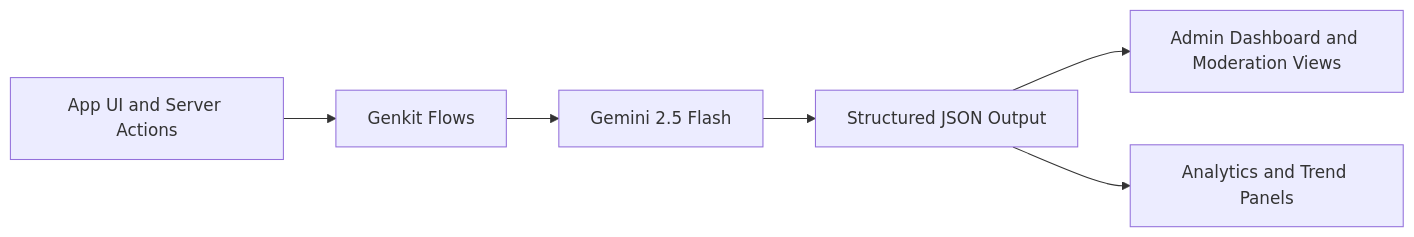
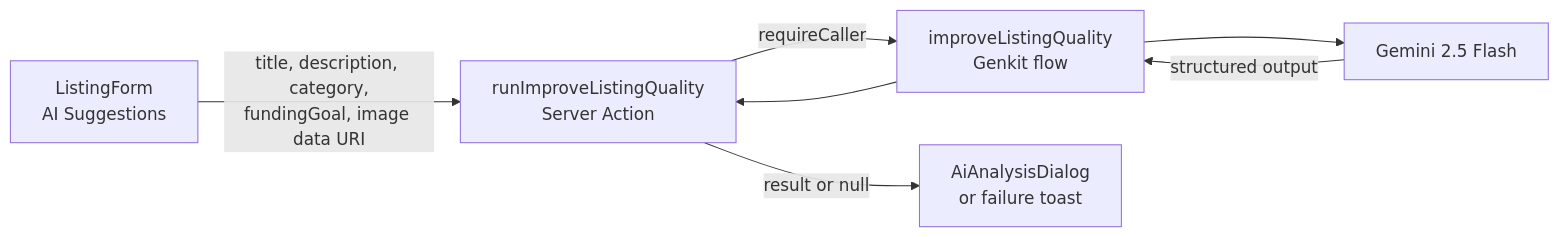
One commit to BLKFNDRPH/blkfndrapp changed the first of 3 diagrams in docs/ai-features.md. Above: the diagram before and after it, drawn with Mermaid. The commit also changed other lines of this file and 18 other files, not shown here.

````diff
--- a/docs/ai-features.md
+++ b/docs/ai-features.md
@@ -15,8 +30,9 @@
 ```mermaid
-graph LR
-    A[App UI and Server Actions] --> B[Genkit Flows]
-    B --> C[Gemini 2.5 Flash]
-    C --> D[Structured JSON Output]
-    D --> E[Admin Dashboard and Moderation Views]
-    D --> F[Analytics and Trend Panels]
+flowchart LR
+    A[ListingForm<br/>AI Suggestions] -->|title, description, category,<br/>fundingGoal, image data URI| B[runImproveListingQuality<br/>Server Action]
+    B -->|requireCaller| C[improveListingQuality<br/>Genkit flow]
+    C --> D[Gemini 2.5 Flash]
+    D -->|structured output| C
+    C --> B
+    B -->|result or null| E[AiAnalysisDialog<br/>or failure toast]
 ```
````
